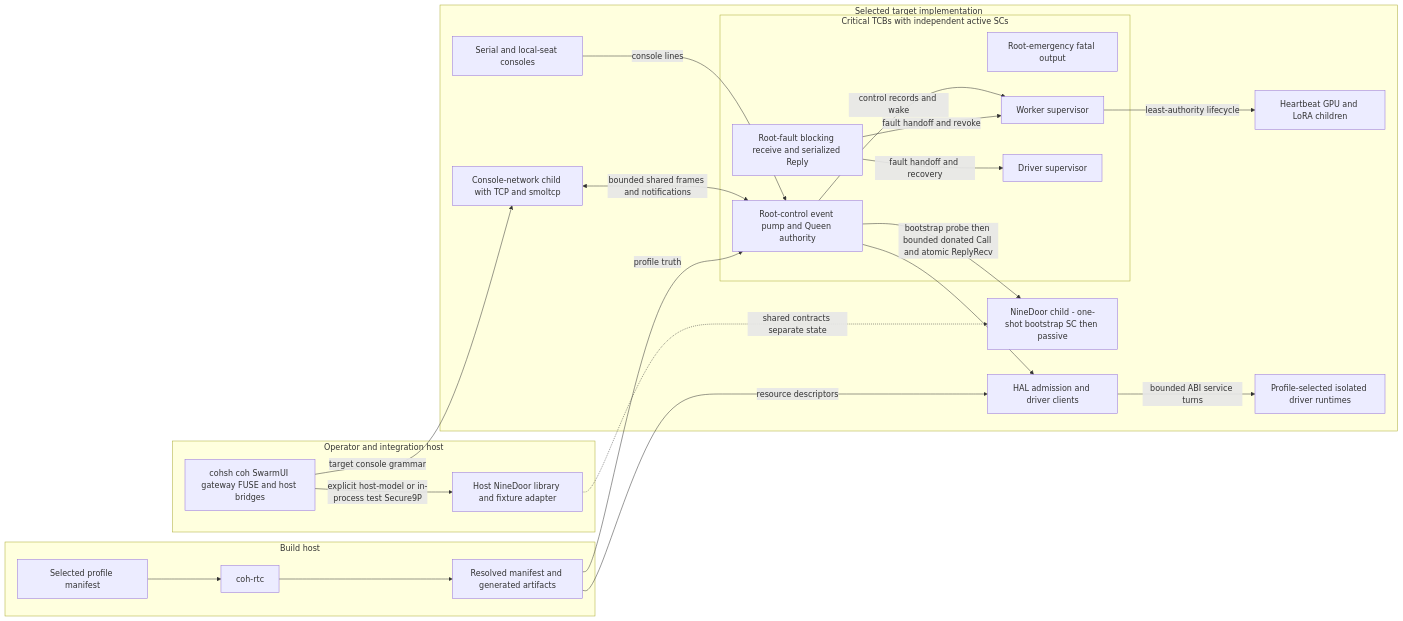
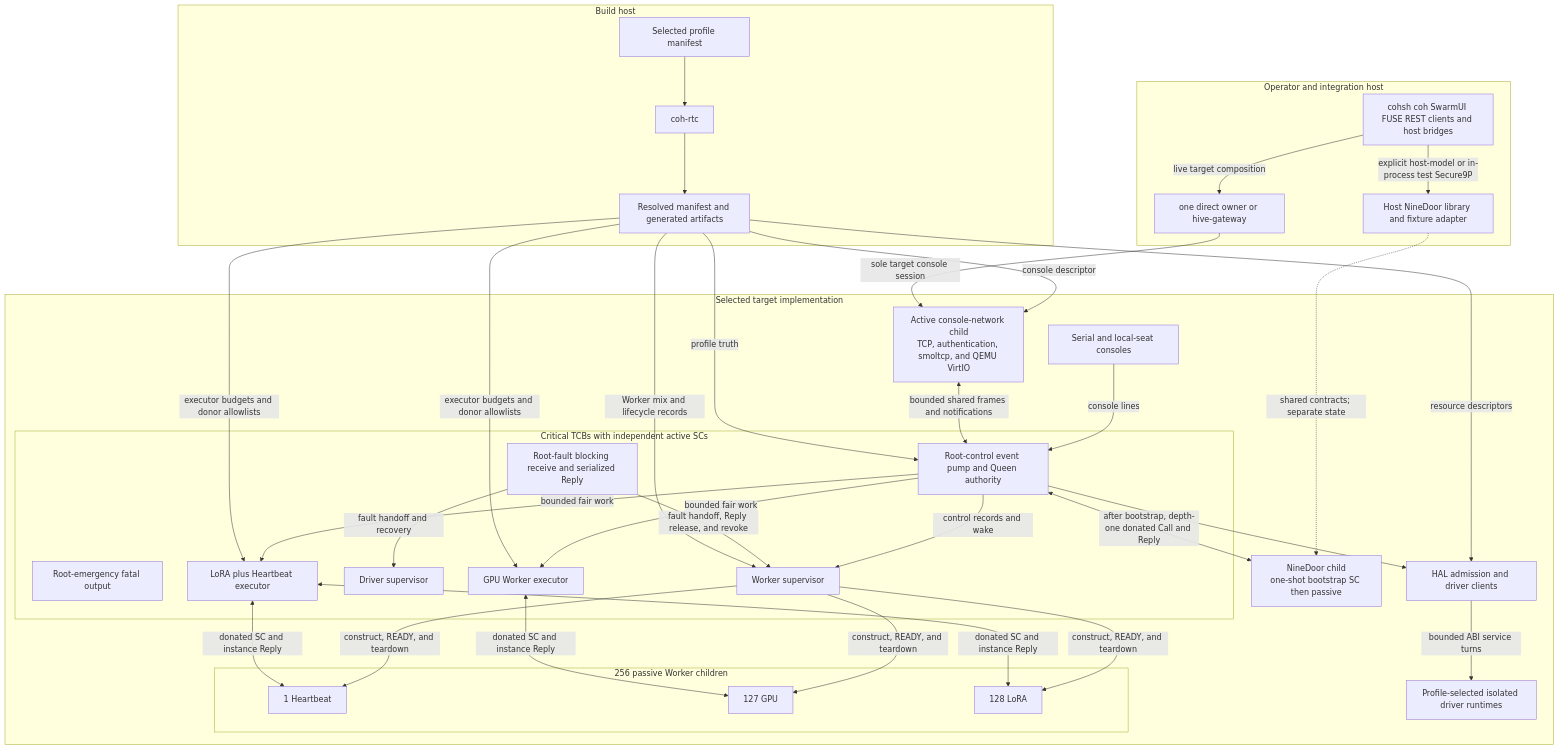
One commit to lukeb-aidev/cohesix changed the diagram in docs/ARCHITECTURE.md. Above: the diagram before and after it, drawn with Mermaid. The commit also changed other lines of this file and 7 other files, not shown here.

Commit message:
docs: align Mermaid diagrams with M26e

````diff
--- a/docs/ARCHITECTURE.md
+++ b/docs/ARCHITECTURE.md
@@ -137,46 +137,65 @@
 ```mermaid
-flowchart LR
+flowchart TB
   subgraph BuildHost[Build host]
     Manifest[Selected profile manifest]
     Compiler[coh-rtc]
     Generated[Resolved manifest and generated artifacts]
     Manifest --> Compiler --> Generated
   end
 
   subgraph OperatorHost[Operator and integration host]
-    HostClients[cohsh coh SwarmUI gateway FUSE and host bridges]
+    HostClients[cohsh coh SwarmUI FUSE REST clients and host bridges]
+    ConsoleOwner[one direct owner or hive-gateway]
     HostNineDoor[Host NineDoor library and fixture adapter]
+    HostClients -->|live target composition| ConsoleOwner
     HostClients -->|explicit host-model or in-process test Secure9P| HostNineDoor
   end
 
   subgraph Target[Selected target implementation]
     Serial[Serial and local-seat consoles]
     subgraph Critical[Critical TCBs with independent active SCs]
       EventPump[Root-control event pump and Queen authority]
       RootFault[Root-fault blocking receive and serialized Reply]
       Emergency[Root-emergency fatal output]
       WorkerSupervisor[Worker supervisor]
       DriverSupervisor[Driver supervisor]
+      GpuExecutor[GPU Worker executor]
+      LoraExecutor[LoRA plus Heartbeat executor]
     end
-    ConsoleChild[Console-network child with TCP and smoltcp]
-    NineDoorChild[NineDoor child - one-shot bootstrap SC then passive]
-    Workers[Heartbeat GPU and LoRA children]
+    ConsoleChild["Active console-network child\nTCP, authentication, smoltcp, and QEMU VirtIO"]
+    NineDoorChild["NineDoor child\none-shot bootstrap SC then passive"]
+    subgraph WorkerPopulation["256 passive Worker children"]
+      HeartbeatWorker[1 Heartbeat]
+      GpuWorkers[127 GPU]
+      LoraWorkers[128 LoRA]
+    end
     Hal[HAL admission and driver clients]
     Drivers[Profile-selected isolated driver runtimes]
 
     Serial -->|console lines| EventPump
     ConsoleChild <-->|bounded shared frames and notifications| EventPump
-    EventPump -->|bootstrap probe then bounded donated Call and atomic ReplyRecv| NineDoorChild
+    EventPump <-->|after bootstrap, depth-one donated Call and Reply| NineDoorChild
     EventPump -->|control records and wake| WorkerSupervisor
-    RootFault -->|fault handoff and revoke| WorkerSupervisor
-    WorkerSupervisor -->|least-authority lifecycle| Workers
+    RootFault -->|fault handoff, Reply release, and revoke| WorkerSupervisor
+    WorkerSupervisor -->|construct, READY, and teardown| HeartbeatWorker
+    WorkerSupervisor -->|construct, READY, and teardown| GpuWorkers
+    WorkerSupervisor -->|construct, READY, and teardown| LoraWorkers
+    EventPump -->|bounded fair work| GpuExecutor
+    EventPump -->|bounded fair work| LoraExecutor
+    GpuExecutor <-->|donated SC and instance Reply| GpuWorkers
+    LoraExecutor <-->|donated SC and instance Reply| HeartbeatWorker
+    LoraExecutor <-->|donated SC and instance Reply| LoraWorkers
     RootFault -->|fault handoff and recovery| DriverSupervisor
     EventPump --> Hal
     Hal -->|bounded ABI service turns| Drivers
   end
 
   Generated -->|profile truth| EventPump
+  Generated -->|Worker mix and lifecycle records| WorkerSupervisor
+  Generated -->|executor budgets and donor allowlists| GpuExecutor
+  Generated -->|executor budgets and donor allowlists| LoraExecutor
   Generated -->|resource descriptors| Hal
-  HostClients -->|target console grammar| ConsoleChild
-  HostNineDoor -.->|shared contracts separate state| NineDoorChild
+  Generated -->|console descriptor| ConsoleChild
+  ConsoleOwner -->|sole target console session| ConsoleChild
+  HostNineDoor -.->|shared contracts; separate state| NineDoorChild
 ```
````
